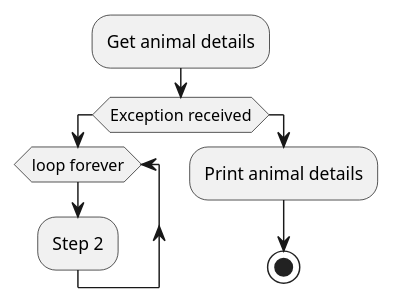
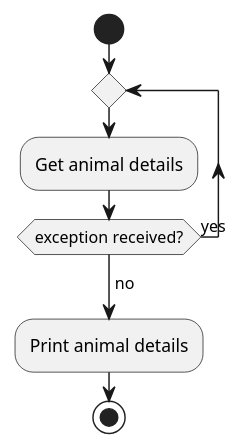
Before and after one commit to jacobduijzer/ResilienceWithPollyDemo: the diagram in design/retryforever.pu, drawn with PlantUML. The commit also changed other lines of this file, not shown here.

Commit message:
Updated retry forever

```diff
--- a/design/retryforever.pu
+++ b/design/retryforever.pu
@@ -1,14 +1,11 @@
 @startuml
 
-:Get animal details;
-if (Exception received) then
-  while (loop forever)
-   :Step 2;
-  endwhile
-  -[hidden]->
-  detach
-else
-  :Print animal details;
-  stop
-endif
+start
+repeat
+	:Get animal details;
+repeat while (exception received?) is (yes)
+->no;
+:Print animal details;
+stop
+
 @enduml
```
